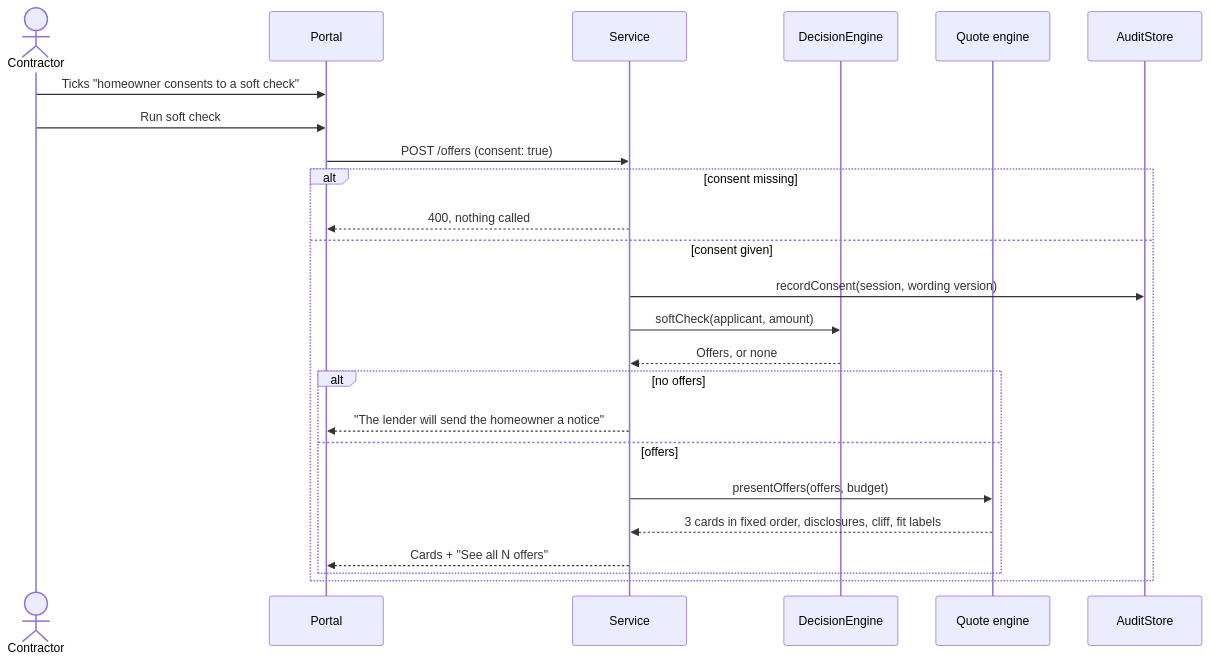
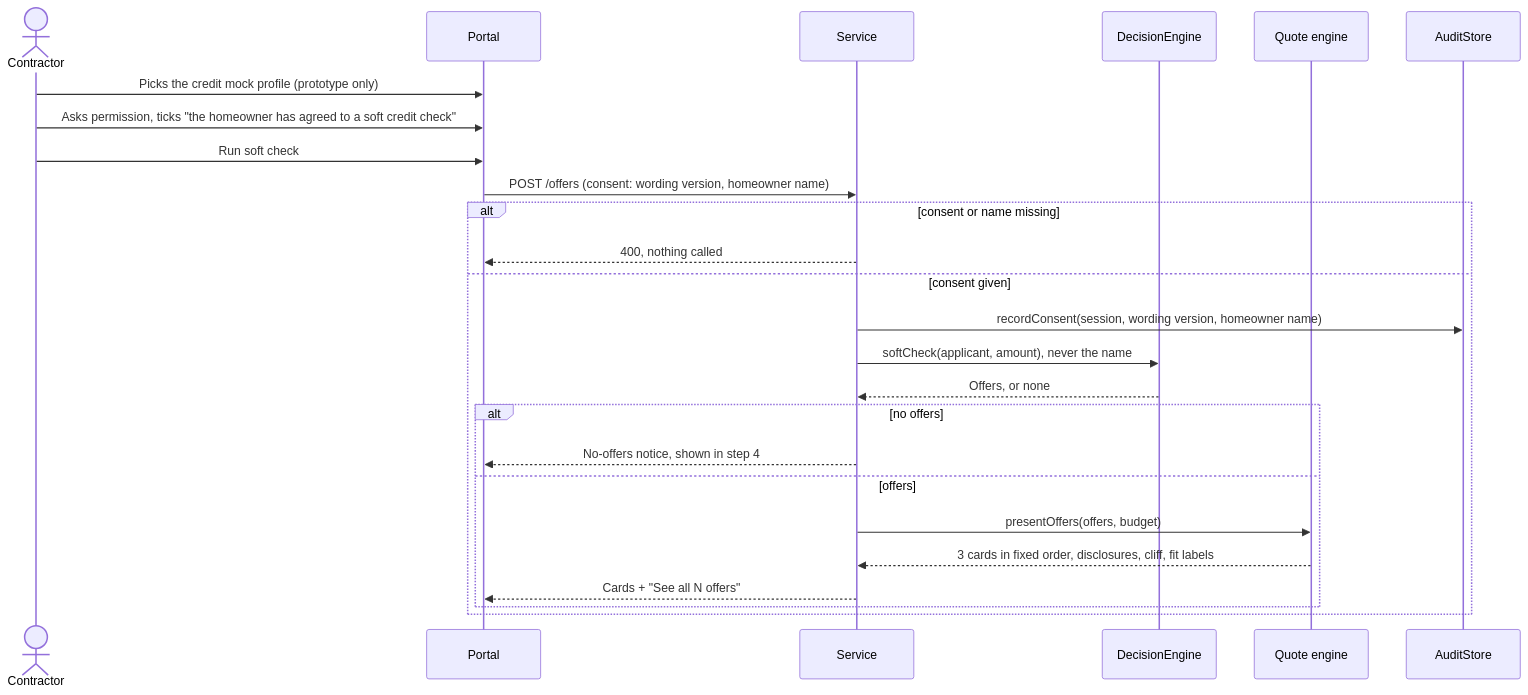
The fourth of 6 diagrams in docs/architecture.md (debudash/loanapp-contractorassist), drawn with Mermaid before and after one commit. The commit also changed other lines of this file and 6 other files, not shown here.

````diff
--- a/docs/architecture.md
+++ b/docs/architecture.md
@@ -207,27 +210,28 @@
 ```mermaid
 sequenceDiagram
   actor C as Contractor
   participant UI as Portal
   participant S as Service
   participant DE as DecisionEngine
   participant Q as Quote engine
   participant AL as AuditStore
 
-  C->>UI: Ticks "homeowner consents to a soft check"
+  C->>UI: Picks the credit mock profile (prototype only)
+  C->>UI: Asks permission, ticks "the homeowner has agreed to a soft credit check"
   C->>UI: Run soft check
-  UI->>S: POST /offers (consent: true)
-  alt consent missing
+  UI->>S: POST /offers (consent: wording version, homeowner name)
+  alt consent or name missing
     S-->>UI: 400, nothing called
   else consent given
-    S->>AL: recordConsent(session, wording version)
-    S->>DE: softCheck(applicant, amount)
+    S->>AL: recordConsent(session, wording version, homeowner name)
+    S->>DE: softCheck(applicant, amount), never the name
     DE-->>S: Offers, or none
     alt no offers
-      S-->>UI: "The lender will send the homeowner a notice"
+      S-->>UI: No-offers notice, shown in step 4
     else offers
       S->>Q: presentOffers(offers, budget)
       Q-->>S: 3 cards in fixed order, disclosures, cliff, fit labels
       S-->>UI: Cards + "See all N offers"
     end
   end
 ```
````
